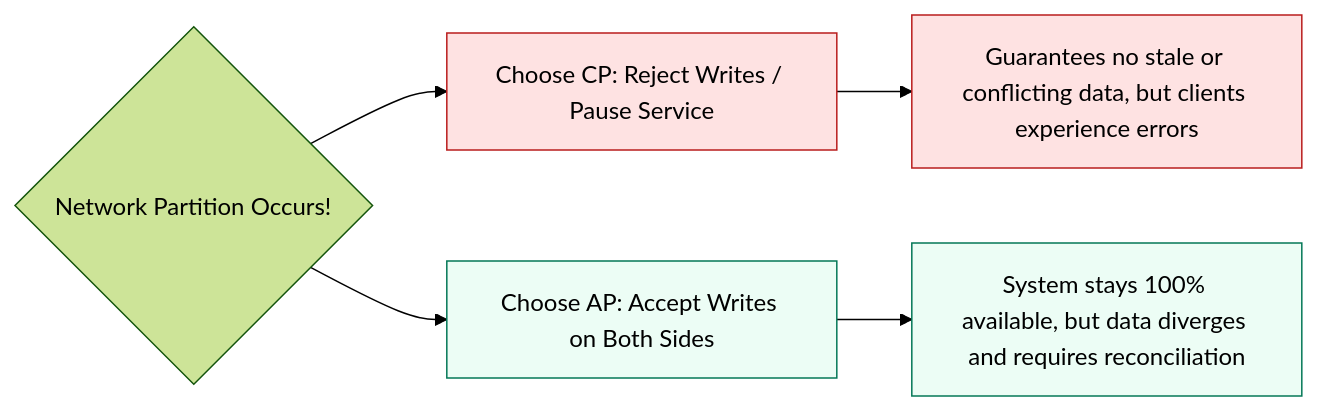
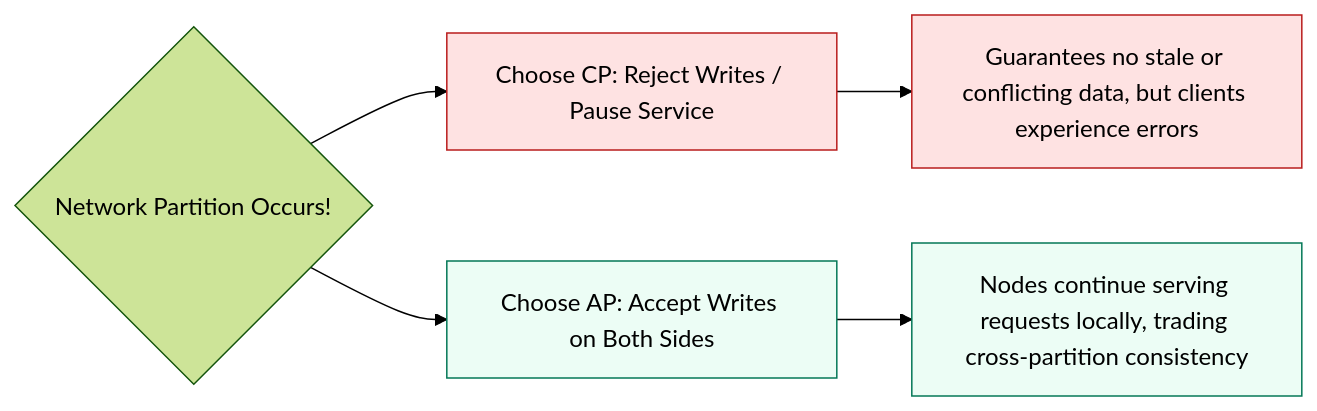
The second of 4 diagrams in 02-data-architecture/03-cap-pacelc-theorems.md (kvai9826/system-design-for-program-managers), drawn with Mermaid (forest theme) before and after one commit. The commit also changed other lines of this file and 30 other files, not shown here.

````diff
--- a/02-data-architecture/03-cap-pacelc-theorems.md
+++ b/02-data-architecture/03-cap-pacelc-theorems.md
@@ -28,13 +32,13 @@
 ```mermaid
 flowchart LR
     PartitionEvent{Network Partition Occurs!} --> PathCP[Choose CP: Reject Writes / Pause Service]
     PartitionEvent --> PathAP[Choose AP: Accept Writes on Both Sides]
 
     PathCP --> ResCP[Guarantees no stale or conflicting data, but clients experience errors]
-    PathAP --> ResAP[System stays 100% available, but data diverges and requires reconciliation]
+    PathAP --> ResAP[Nodes continue serving requests locally, trading cross-partition consistency]
 
-    classDef cp fill:#fee2e2,stroke:#b91c1c,stroke-width:1px;
-    classDef ap fill:#ecfdf5,stroke:#047857,stroke-width:1px;
-    class PathCP,ResCP cp;
-    class PathAP,ResAP ap;
+    classDef cpStyle fill:#fee2e2,stroke:#b91c1c,stroke-width:1px;
+    classDef apStyle fill:#ecfdf5,stroke:#047857,stroke-width:1px;
+    class PathCP,ResCP cpStyle;
+    class PathAP,ResAP apStyle;
 ```
````
